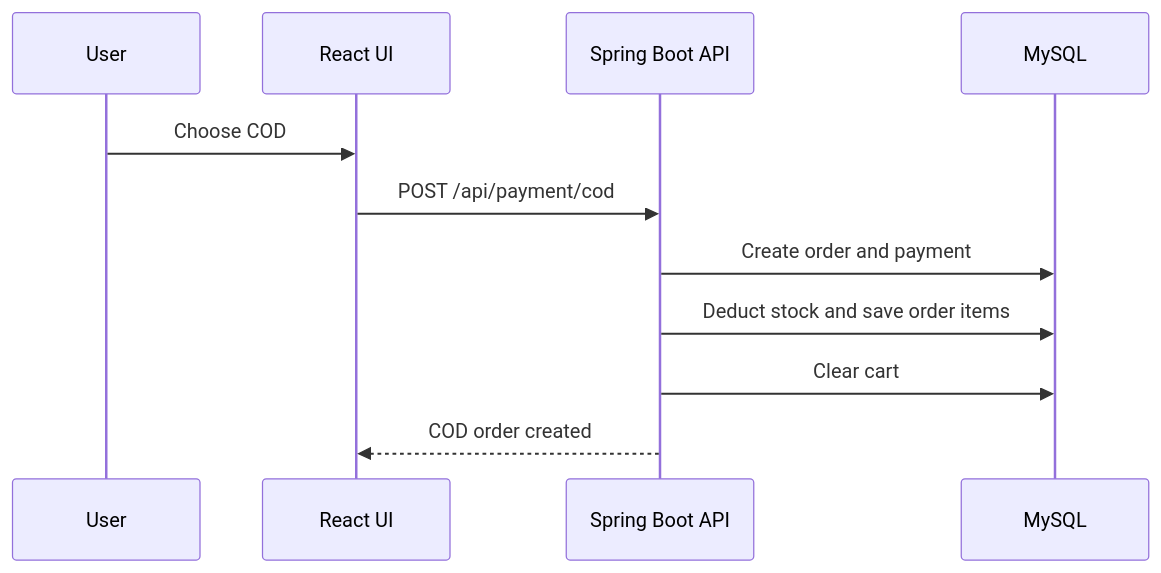
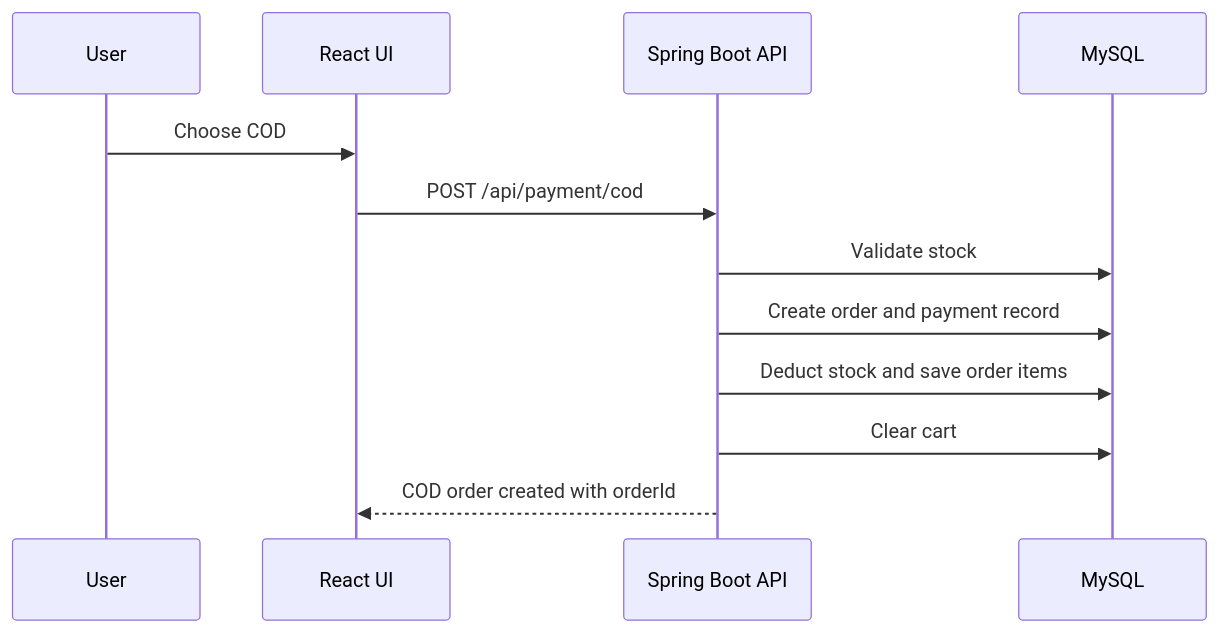
Before and after one commit to annnuuupam/NexCart: the sixth of 12 diagrams in WORKFLOW.md, drawn with Mermaid. The commit also changed other lines of this file and 41 other files, not shown here.

````diff
--- a/WORKFLOW.md
+++ b/WORKFLOW.md
@@ -71,14 +103,15 @@
 ```mermaid
 sequenceDiagram
   participant U as User
   participant FE as React UI
   participant BE as Spring Boot API
   participant DB as MySQL
 
   U->>FE: Choose COD
   FE->>BE: POST /api/payment/cod
-  BE->>DB: Create order and payment
+  BE->>DB: Validate stock
+  BE->>DB: Create order and payment record
   BE->>DB: Deduct stock and save order items
   BE->>DB: Clear cart
-  BE-->>FE: COD order created
+  BE-->>FE: COD order created with orderId
 ```
````
